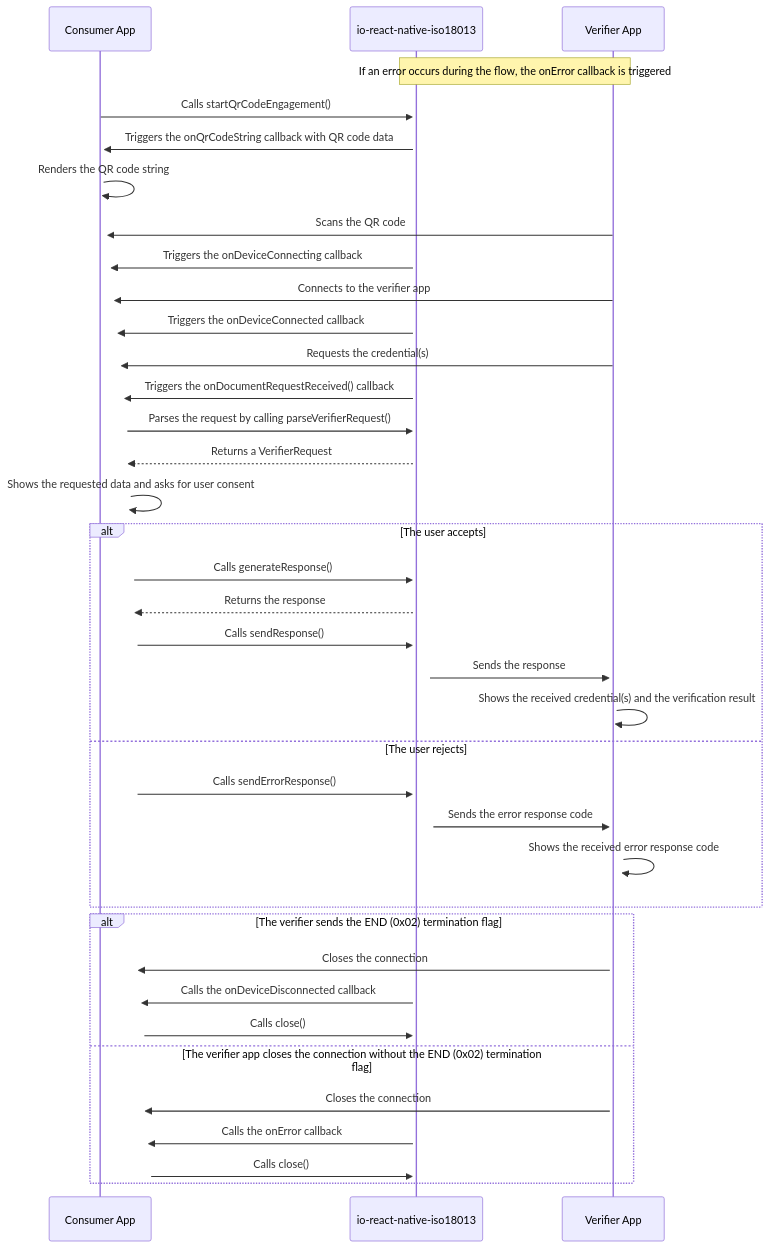
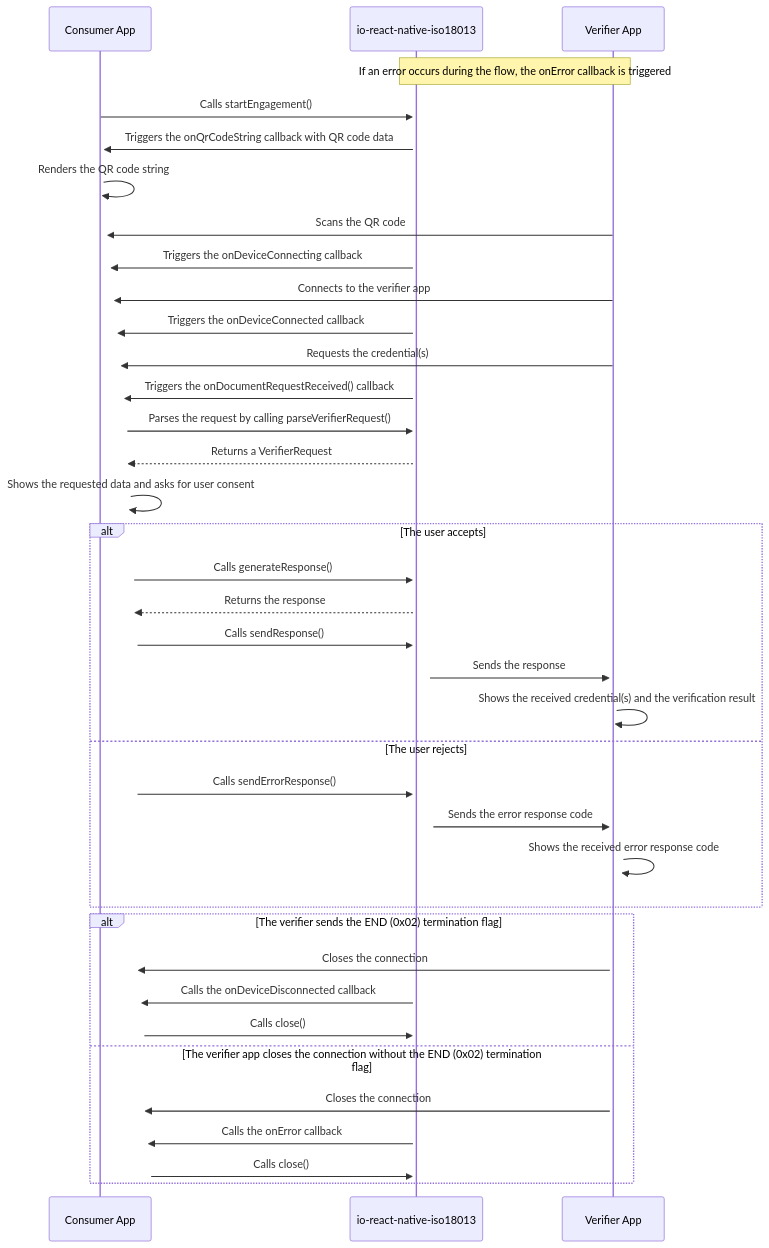
The third of 3 diagrams in src/iso18013/iso18013-5/README.md (pagopa/io-react-native-iso18013), drawn with Mermaid before and after one commit. The commit also changed other lines of this file, not shown here.

````diff
--- a/src/iso18013/iso18013-5/README.md
+++ b/src/iso18013/iso18013-5/README.md
@@ -368,40 +346,40 @@
 ```mermaid
 sequenceDiagram
     participant app as Consumer App
     participant proximity as io-react-native-iso18013
     participant verifier as Verifier App
 
     Note over proximity, verifier: If an error occurs during the flow, the onError callback is triggered
-    app->>+proximity: Calls startQrCodeEngagement()
+    app->>+proximity: Calls startEngagement()
     proximity->>+app: Triggers the onQrCodeString callback with QR code data
     app->>+app: Renders the QR code string
     verifier->>+app: Scans the QR code
     proximity->>+app: Triggers the onDeviceConnecting callback
     verifier->>+app: Connects to the verifier app
     proximity->>+app: Triggers the onDeviceConnected callback
     verifier->>+app: Requests the credential(s)
     proximity->>+app: Triggers the onDocumentRequestReceived() callback
     app->>+proximity: Parses the request by calling parseVerifierRequest()
     proximity-->>+app: Returns a VerifierRequest
     app->>+app: Shows the requested data and asks for user consent
     alt The user accepts
         app->>+proximity: Calls generateResponse()
         proximity-->>+app: Returns the response
         app->>+proximity: Calls sendResponse()
         proximity->>+verifier: Sends the response
         verifier->>+verifier: Shows the received credential(s) and the verification result
     else The user rejects
         app->>+proximity: Calls sendErrorResponse()
         proximity->>+verifier: Sends the error response code
         verifier->>+verifier: Shows the received error response code
     end
     alt The verifier sends the END (0x02) termination flag
       verifier->>+app: Closes the connection
       proximity->>+app: Calls the onDeviceDisconnected callback
       app->>+proximity: Calls close()
     else The verifier app closes the connection without the END (0x02) termination flag
       verifier->>+app: Closes the connection
       proximity->>+app: Calls the onError callback
       app->>+proximity: Calls close()
     end
 ```
````
